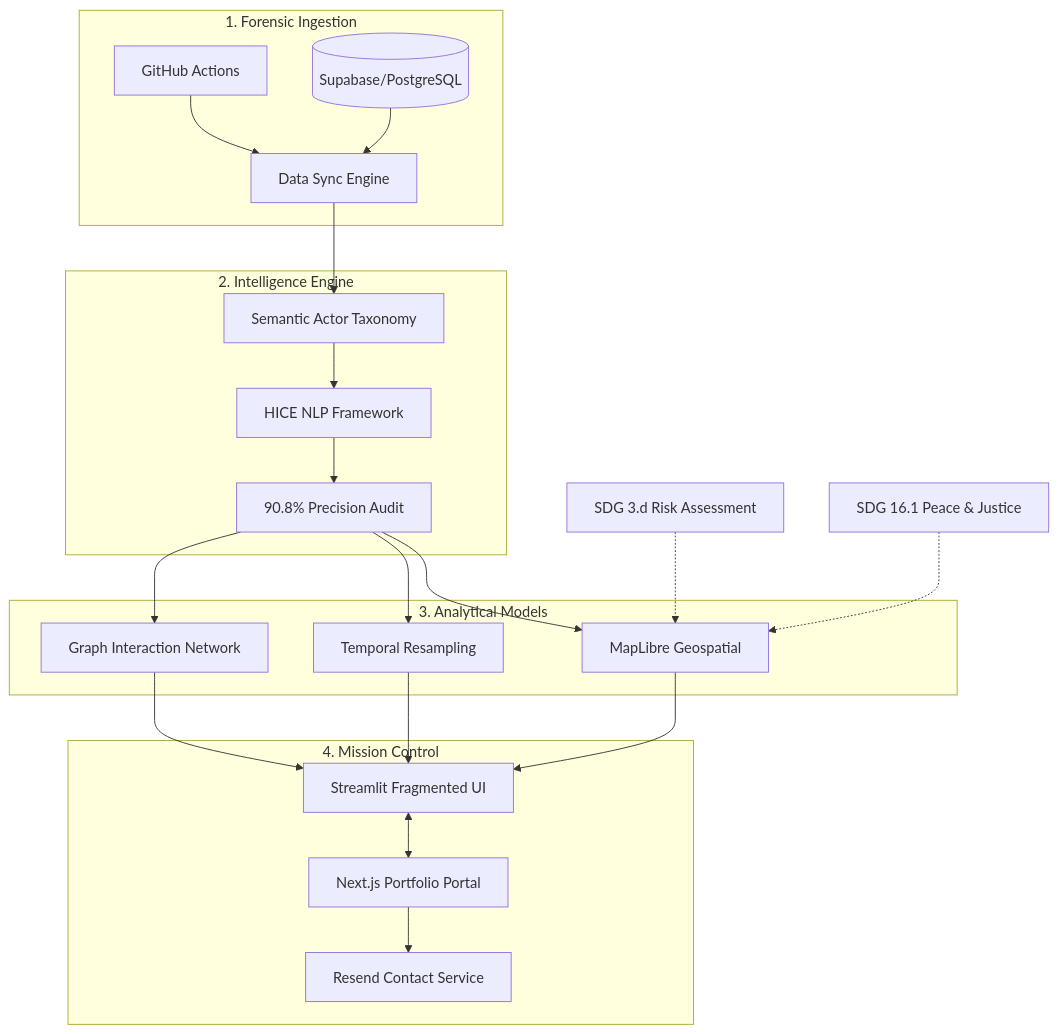
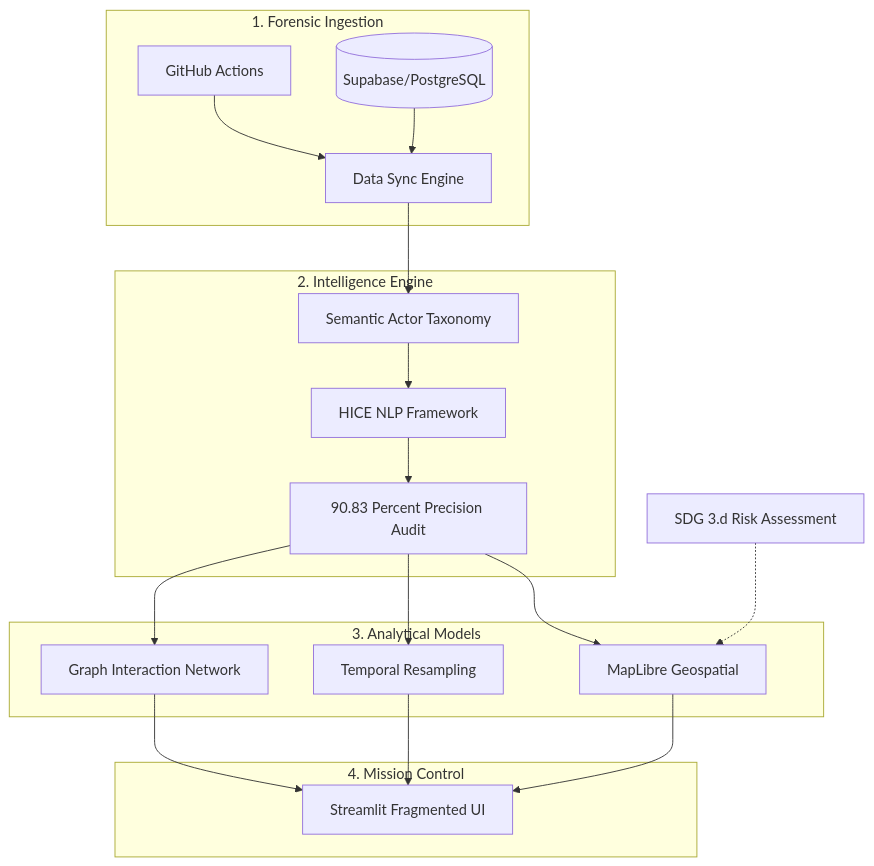
One commit to TainYanTun/Myanmar-conflict-observatory changed the diagram in README.md. Above: the diagram before and after it, drawn with Mermaid. The commit also changed other lines of this file and 2 other files, not shown here.

Commit message:
docs(readme): Simplify system architecture diagram
- Removed the '📊' emoji from the 'System Architecture' heading.
- Streamlined strategic alignment by removing 'SDG 16.1 Peace & Justice'.
- Updated the precision audit label from '90.8%' to '90.83 Percent' for accuracy.
- Eliminated Next.js and Resend components from the Mission Control subgraph to focus on the core data product.

````diff
--- a/README.md
+++ b/README.md
@@ -39,56 +38,50 @@
 ```mermaid
 flowchart TD
 
 %% Strategic Alignment
 SDG3[SDG 3.d Risk Assessment]
-SDG16[SDG 16.1 Peace & Justice]
 
 %% 1. Data Ingestion
 subgraph "1. Forensic Ingestion"
     GHA[GitHub Actions]
     Sync[Data Sync Engine]
     Supabase[(Supabase/PostgreSQL)]
     
     GHA --> Sync
     Supabase --> Sync
 end
 
 %% 2. Intelligence Engine
 subgraph "2. Intelligence Engine"
     Actor[Semantic Actor Taxonomy]
     NLP[HICE NLP Framework]
-    Validation[90.8% Precision Audit]
+    Validation[90.83 Percent Precision Audit]
 
     Sync --> Actor
     Actor --> NLP
     NLP --> Validation
 end
 
 %% 3. Analytical Models
 subgraph "3. Analytical Models"
     Geo[MapLibre Geospatial]
     Temp[Temporal Resampling]
     Net[Graph Interaction Network]
 
     Validation --> Geo
     Validation --> Temp
     Validation --> Net
 end
 
 %% 4. Mission Control
 subgraph "4. Mission Control"
     Dashboard[Streamlit Fragmented UI]
-    NextJS[Next.js Portfolio Portal]
-    Resend[Resend Contact Service]
 
     Geo --> Dashboard
     Temp --> Dashboard
     Net --> Dashboard
-    Dashboard <--> NextJS
-    NextJS --> Resend
 end
 
 %% Strategic influence
 SDG3 -.-> Geo
-SDG16 -.-> Geo
 ```
````
